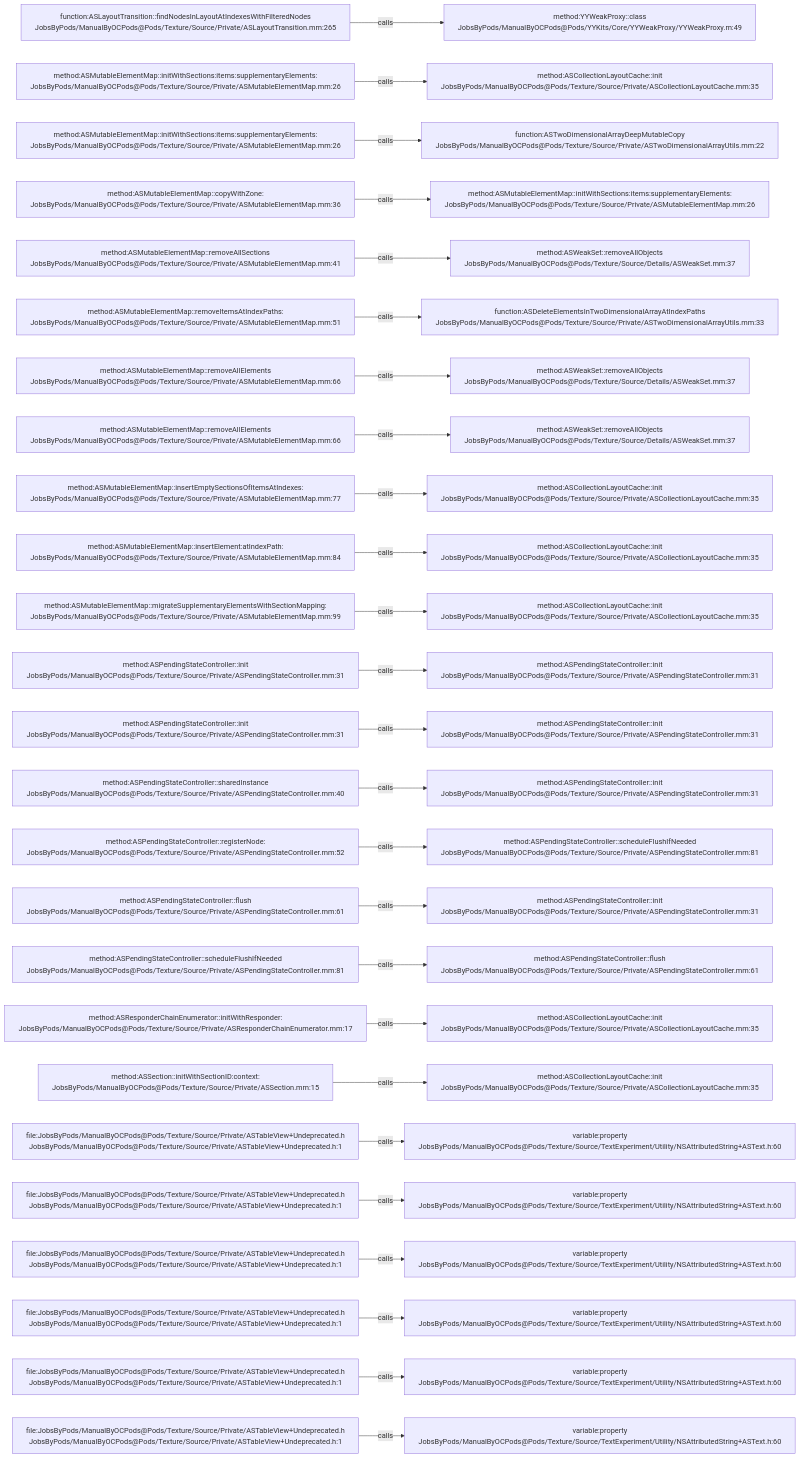
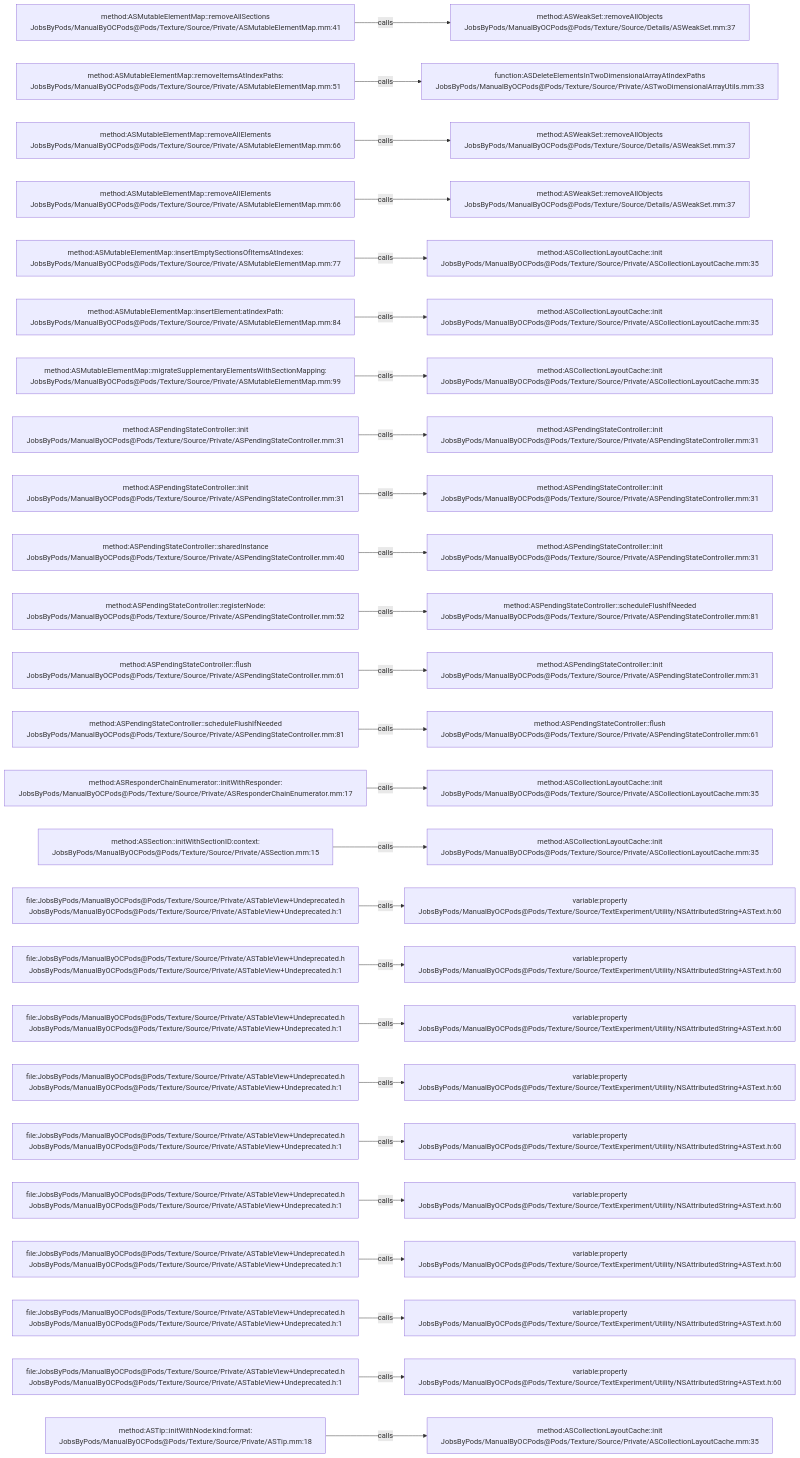
One commit to JobsKits/JobsOCBaseConfigDemo changed the diagram in .codegraph/codegraph.md/graphs/calls-189.md. Above: the diagram before and after it, drawn with Mermaid. The commit also changed 727 other files, not shown here.

````diff
--- a/.codegraph/codegraph.md/graphs/calls-189.md
+++ b/.codegraph/codegraph.md/graphs/calls-189.md
@@ -13,78 +13,78 @@
 ```mermaid
 flowchart LR
-  S1["function:ASLayoutTransition::findNodesInLayoutAtIndexesWithFilteredNodes<br/>JobsByPods/ManualByOCPods@Pods/Texture/Source/Private/ASLayoutTransition.mm:265"]
-  T1["method:YYWeakProxy::class<br/>JobsByPods/ManualByOCPods@Pods/YYKits/Core/YYWeakProxy/YYWeakProxy.m:49"]
+  S1["method:ASMutableElementMap::removeAllSections<br/>JobsByPods/ManualByOCPods@Pods/Texture/Source/Private/ASMutableElementMap.mm:41"]
+  T1["method:ASWeakSet::removeAllObjects<br/>JobsByPods/ManualByOCPods@Pods/Texture/Source/Details/ASWeakSet.mm:37"]
   S1 -->|calls| T1
-  S2["method:ASMutableElementMap::initWithSections:items:supplementaryElements:<br/>JobsByPods/ManualByOCPods@Pods/Texture/Source/Private/ASMutableElementMap.mm:26"]
-  T2["method:ASCollectionLayoutCache::init<br/>JobsByPods/ManualByOCPods@Pods/Texture/Source/Private/ASCollectionLayoutCache.mm:35"]
+  S2["method:ASMutableElementMap::removeItemsAtIndexPaths:<br/>JobsByPods/ManualByOCPods@Pods/Texture/Source/Private/ASMutableElementMap.mm:51"]
+  T2["function:ASDeleteElementsInTwoDimensionalArrayAtIndexPaths<br/>JobsByPods/ManualByOCPods@Pods/Texture/Source/Private/ASTwoDimensionalArrayUtils.mm:33"]
   S2 -->|calls| T2
-  S3["method:ASMutableElementMap::initWithSections:items:supplementaryElements:<br/>JobsByPods/ManualByOCPods@Pods/Texture/Source/Private/ASMutableElementMap.mm:26"]
-  T3["function:ASTwoDimensionalArrayDeepMutableCopy<br/>JobsByPods/ManualByOCPods@Pods/Texture/Source/Private/ASTwoDimensionalArrayUtils.mm:22"]
+  S3["method:ASMutableElementMap::removeAllElements<br/>JobsByPods/ManualByOCPods@Pods/Texture/Source/Private/ASMutableElementMap.mm:66"]
+  T3["method:ASWeakSet::removeAllObjects<br/>JobsByPods/ManualByOCPods@Pods/Texture/Source/Details/ASWeakSet.mm:37"]
   S3 -->|calls| T3
-  S4["method:ASMutableElementMap::copyWithZone:<br/>JobsByPods/ManualByOCPods@Pods/Texture/Source/Private/ASMutableElementMap.mm:36"]
-  T4["method:ASMutableElementMap::initWithSections:items:supplementaryElements:<br/>JobsByPods/ManualByOCPods@Pods/Texture/Source/Private/ASMutableElementMap.mm:26"]
+  S4["method:ASMutableElementMap::removeAllElements<br/>JobsByPods/ManualByOCPods@Pods/Texture/Source/Private/ASMutableElementMap.mm:66"]
+  T4["method:ASWeakSet::removeAllObjects<br/>JobsByPods/ManualByOCPods@Pods/Texture/Source/Details/ASWeakSet.mm:37"]
   S4 -->|calls| T4
-  S5["method:ASMutableElementMap::removeAllSections<br/>JobsByPods/ManualByOCPods@Pods/Texture/Source/Private/ASMutableElementMap.mm:41"]
-  T5["method:ASWeakSet::removeAllObjects<br/>JobsByPods/ManualByOCPods@Pods/Texture/Source/Details/ASWeakSet.mm:37"]
+  S5["method:ASMutableElementMap::insertEmptySectionsOfItemsAtIndexes:<br/>JobsByPods/ManualByOCPods@Pods/Texture/Source/Private/ASMutableElementMap.mm:77"]
+  T5["method:ASCollectionLayoutCache::init<br/>JobsByPods/ManualByOCPods@Pods/Texture/Source/Private/ASCollectionLayoutCache.mm:35"]
   S5 -->|calls| T5
-  S6["method:ASMutableElementMap::removeItemsAtIndexPaths:<br/>JobsByPods/ManualByOCPods@Pods/Texture/Source/Private/ASMutableElementMap.mm:51"]
-  T6["function:ASDeleteElementsInTwoDimensionalArrayAtIndexPaths<br/>JobsByPods/ManualByOCPods@Pods/Texture/Source/Private/ASTwoDimensionalArrayUtils.mm:33"]
+  S6["method:ASMutableElementMap::insertElement:atIndexPath:<br/>JobsByPods/ManualByOCPods@Pods/Texture/Source/Private/ASMutableElementMap.mm:84"]
+  T6["method:ASCollectionLayoutCache::init<br/>JobsByPods/ManualByOCPods@Pods/Texture/Source/Private/ASCollectionLayoutCache.mm:35"]
   S6 -->|calls| T6
-  S7["method:ASMutableElementMap::removeAllElements<br/>JobsByPods/ManualByOCPods@Pods/Texture/Source/Private/ASMutableElementMap.mm:66"]
-  T7["method:ASWeakSet::removeAllObjects<br/>JobsByPods/ManualByOCPods@Pods/Texture/Source/Details/ASWeakSet.mm:37"]
+  S7["method:ASMutableElementMap::migrateSupplementaryElementsWithSectionMapping:<br/>JobsByPods/ManualByOCPods@Pods/Texture/Source/Private/ASMutableElementMap.mm:99"]
+  T7["method:ASCollectionLayoutCache::init<br/>JobsByPods/ManualByOCPods@Pods/Texture/Source/Private/ASCollectionLayoutCache.mm:35"]
   S7 -->|calls| T7
-  S8["method:ASMutableElementMap::removeAllElements<br/>JobsByPods/ManualByOCPods@Pods/Texture/Source/Private/ASMutableElementMap.mm:66"]
-  T8["method:ASWeakSet::removeAllObjects<br/>JobsByPods/ManualByOCPods@Pods/Texture/Source/Details/ASWeakSet.mm:37"]
+  S8["method:ASPendingStateController::init<br/>JobsByPods/ManualByOCPods@Pods/Texture/Source/Private/ASPendingStateController.mm:31"]
+  T8["method:ASPendingStateController::init<br/>JobsByPods/ManualByOCPods@Pods/Texture/Source/Private/ASPendingStateController.mm:31"]
   S8 -->|calls| T8
-  S9["method:ASMutableElementMap::insertEmptySectionsOfItemsAtIndexes:<br/>JobsByPods/ManualByOCPods@Pods/Texture/Source/Private/ASMutableElementMap.mm:77"]
-  T9["method:ASCollectionLayoutCache::init<br/>JobsByPods/ManualByOCPods@Pods/Texture/Source/Private/ASCollectionLayoutCache.mm:35"]
+  S9["method:ASPendingStateController::init<br/>JobsByPods/ManualByOCPods@Pods/Texture/Source/Private/ASPendingStateController.mm:31"]
+  T9["method:ASPendingStateController::init<br/>JobsByPods/ManualByOCPods@Pods/Texture/Source/Private/ASPendingStateController.mm:31"]
   S9 -->|calls| T9
-  S10["method:ASMutableElementMap::insertElement:atIndexPath:<br/>JobsByPods/ManualByOCPods@Pods/Texture/Source/Private/ASMutableElementMap.mm:84"]
-  T10["method:ASCollectionLayoutCache::init<br/>JobsByPods/ManualByOCPods@Pods/Texture/Source/Private/ASCollectionLayoutCache.mm:35"]
+  S10["method:ASPendingStateController::sharedInstance<br/>JobsByPods/ManualByOCPods@Pods/Texture/Source/Private/ASPendingStateController.mm:40"]
+  T10["method:ASPendingStateController::init<br/>JobsByPods/ManualByOCPods@Pods/Texture/Source/Private/ASPendingStateController.mm:31"]
   S10 -->|calls| T10
-  S11["method:ASMutableElementMap::migrateSupplementaryElementsWithSectionMapping:<br/>JobsByPods/ManualByOCPods@Pods/Texture/Source/Private/ASMutableElementMap.mm:99"]
-  T11["method:ASCollectionLayoutCache::init<br/>JobsByPods/ManualByOCPods@Pods/Texture/Source/Private/ASCollectionLayoutCache.mm:35"]
+  S11["method:ASPendingStateController::registerNode:<br/>JobsByPods/ManualByOCPods@Pods/Texture/Source/Private/ASPendingStateController.mm:52"]
+  T11["method:ASPendingStateController::scheduleFlushIfNeeded<br/>JobsByPods/ManualByOCPods@Pods/Texture/Source/Private/ASPendingStateController.mm:81"]
   S11 -->|calls| T11
-  S12["method:ASPendingStateController::init<br/>JobsByPods/ManualByOCPods@Pods/Texture/Source/Private/ASPendingStateController.mm:31"]
+  S12["method:ASPendingStateController::flush<br/>JobsByPods/ManualByOCPods@Pods/Texture/Source/Private/ASPendingStateController.mm:61"]
   T12["method:ASPendingStateController::init<br/>JobsByPods/ManualByOCPods@Pods/Texture/Source/Private/ASPendingStateController.mm:31"]
   S12 -->|calls| T12
-  S13["method:ASPendingStateController::init<br/>JobsByPods/ManualByOCPods@Pods/Texture/Source/Private/ASPendingStateController.mm:31"]
-  T13["method:ASPendingStateController::init<br/>JobsByPods/ManualByOCPods@Pods/Texture/Source/Private/ASPendingStateController.mm:31"]
+  S13["method:ASPendingStateController::scheduleFlushIfNeeded<br/>JobsByPods/ManualByOCPods@Pods/Texture/Source/Private/ASPendingStateController.mm:81"]
+  T13["method:ASPendingStateController::flush<br/>JobsByPods/ManualByOCPods@Pods/Texture/Source/Private/ASPendingStateController.mm:61"]
   S13 -->|calls| T13
-  S14["method:ASPendingStateController::sharedInstance<br/>JobsByPods/ManualByOCPods@Pods/Texture/Source/Private/ASPendingStateController.mm:40"]
-  T14["method:ASPendingStateController::init<br/>JobsByPods/ManualByOCPods@Pods/Texture/Source/Private/ASPendingStateController.mm:31"]
+  S14["method:ASResponderChainEnumerator::initWithResponder:<br/>JobsByPods/ManualByOCPods@Pods/Texture/Source/Private/ASResponderChainEnumerator.mm:17"]
+  T14["method:ASCollectionLayoutCache::init<br/>JobsByPods/ManualByOCPods@Pods/Texture/Source/Private/ASCollectionLayoutCache.mm:35"]
   S14 -->|calls| T14
-  S15["method:ASPendingStateController::registerNode:<br/>JobsByPods/ManualByOCPods@Pods/Texture/Source/Private/ASPendingStateController.mm:52"]
-  T15["method:ASPendingStateController::scheduleFlushIfNeeded<br/>JobsByPods/ManualByOCPods@Pods/Texture/Source/Private/ASPendingStateController.mm:81"]
+  S15["method:ASSection::initWithSectionID:context:<br/>JobsByPods/ManualByOCPods@Pods/Texture/Source/Private/ASSection.mm:15"]
+  T15["method:ASCollectionLayoutCache::init<br/>JobsByPods/ManualByOCPods@Pods/Texture/Source/Private/ASCollectionLayoutCache.mm:35"]
   S15 -->|calls| T15
-  S16["method:ASPendingStateController::flush<br/>JobsByPods/ManualByOCPods@Pods/Texture/Source/Private/ASPendingStateController.mm:61"]
-  T16["method:ASPendingStateController::init<br/>JobsByPods/ManualByOCPods@Pods/Texture/Source/Private/ASPendingStateController.mm:31"]
+  S16["file:JobsByPods/ManualByOCPods@Pods/Texture/Source/Private/ASTableView+Undeprecated.h<br/>JobsByPods/ManualByOCPods@Pods/Texture/Source/Private/ASTableView+Undeprecated.h:1"]
+  T16["variable:property<br/>JobsByPods/ManualByOCPods@Pods/Texture/Source/TextExperiment/Utility/NSAttributedString+ASText.h:60"]
   S16 -->|calls| T16
-  S17["method:ASPendingStateController::scheduleFlushIfNeeded<br/>JobsByPods/ManualByOCPods@Pods/Texture/Source/Private/ASPendingStateController.mm:81"]
-  T17["method:ASPendingStateController::flush<br/>JobsByPods/ManualByOCPods@Pods/Texture/Source/Private/ASPendingStateController.mm:61"]
+  S17["file:JobsByPods/ManualByOCPods@Pods/Texture/Source/Private/ASTableView+Undeprecated.h<br/>JobsByPods/ManualByOCPods@Pods/Texture/Source/Private/ASTableView+Undeprecated.h:1"]
+  T17["variable:property<br/>JobsByPods/ManualByOCPods@Pods/Texture/Source/TextExperiment/Utility/NSAttributedString+ASText.h:60"]
   S17 -->|calls| T17
-  S18["method:ASResponderChainEnumerator::initWithResponder:<br/>JobsByPods/ManualByOCPods@Pods/Texture/Source/Private/ASResponderChainEnumerator.mm:17"]
-  T18["method:ASCollectionLayoutCache::init<br/>JobsByPods/ManualByOCPods@Pods/Texture/Source/Private/ASCollectionLayoutCache.mm:35"]
+  S18["file:JobsByPods/ManualByOCPods@Pods/Texture/Source/Private/ASTableView+Undeprecated.h<br/>JobsByPods/ManualByOCPods@Pods/Texture/Source/Private/ASTableView+Undeprecated.h:1"]
+  T18["variable:property<br/>JobsByPods/ManualByOCPods@Pods/Texture/Source/TextExperiment/Utility/NSAttributedString+ASText.h:60"]
   S18 -->|calls| T18
-  S19["method:ASSection::initWithSectionID:context:<br/>JobsByPods/ManualByOCPods@Pods/Texture/Source/Private/ASSection.mm:15"]
-  T19["method:ASCollectionLayoutCache::init<br/>JobsByPods/ManualByOCPods@Pods/Texture/Source/Private/ASCollectionLayoutCache.mm:35"]
+  S19["file:JobsByPods/ManualByOCPods@Pods/Texture/Source/Private/ASTableView+Undeprecated.h<br/>JobsByPods/ManualByOCPods@Pods/Texture/Source/Private/ASTableView+Undeprecated.h:1"]
+  T19["variable:property<br/>JobsByPods/ManualByOCPods@Pods/Texture/Source/TextExperiment/Utility/NSAttributedString+ASText.h:60"]
   S19 -->|calls| T19
   S20["file:JobsByPods/ManualByOCPods@Pods/Texture/Source/Private/ASTableView+Undeprecated.h<br/>JobsByPods/ManualByOCPods@Pods/Texture/Source/Private/ASTableView+Undeprecated.h:1"]
   T20["variable:property<br/>JobsByPods/ManualByOCPods@Pods/Texture/Source/TextExperiment/Utility/NSAttributedString+ASText.h:60"]
   S20 -->|calls| T20
   S21["file:JobsByPods/ManualByOCPods@Pods/Texture/Source/Private/ASTableView+Undeprecated.h<br/>JobsByPods/ManualByOCPods@Pods/Texture/Source/Private/ASTableView+Undeprecated.h:1"]
   T21["variable:property<br/>JobsByPods/ManualByOCPods@Pods/Texture/Source/TextExperiment/Utility/NSAttributedString+ASText.h:60"]
   S21 -->|calls| T21
   S22["file:JobsByPods/ManualByOCPods@Pods/Texture/Source/Private/ASTableView+Undeprecated.h<br/>JobsByPods/ManualByOCPods@Pods/Texture/Source/Private/ASTableView+Undeprecated.h:1"]
   T22["variable:property<br/>JobsByPods/ManualByOCPods@Pods/Texture/Source/TextExperiment/Utility/NSAttributedString+ASText.h:60"]
   S22 -->|calls| T22
   S23["file:JobsByPods/ManualByOCPods@Pods/Texture/Source/Private/ASTableView+Undeprecated.h<br/>JobsByPods/ManualByOCPods@Pods/Texture/Source/Private/ASTableView+Undeprecated.h:1"]
   T23["variable:property<br/>JobsByPods/ManualByOCPods@Pods/Texture/Source/TextExperiment/Utility/NSAttributedString+ASText.h:60"]
   S23 -->|calls| T23
   S24["file:JobsByPods/ManualByOCPods@Pods/Texture/Source/Private/ASTableView+Undeprecated.h<br/>JobsByPods/ManualByOCPods@Pods/Texture/Source/Private/ASTableView+Undeprecated.h:1"]
   T24["variable:property<br/>JobsByPods/ManualByOCPods@Pods/Texture/Source/TextExperiment/Utility/NSAttributedString+ASText.h:60"]
   S24 -->|calls| T24
-  S25["file:JobsByPods/ManualByOCPods@Pods/Texture/Source/Private/ASTableView+Undeprecated.h<br/>JobsByPods/ManualByOCPods@Pods/Texture/Source/Private/ASTableView+Undeprecated.h:1"]
-  T25["variable:property<br/>JobsByPods/ManualByOCPods@Pods/Texture/Source/TextExperiment/Utility/NSAttributedString+ASText.h:60"]
+  S25["method:ASTip::initWithNode:kind:format:<br/>JobsByPods/ManualByOCPods@Pods/Texture/Source/Private/ASTip.mm:18"]
+  T25["method:ASCollectionLayoutCache::init<br/>JobsByPods/ManualByOCPods@Pods/Texture/Source/Private/ASCollectionLayoutCache.mm:35"]
   S25 -->|calls| T25
 ```
````
